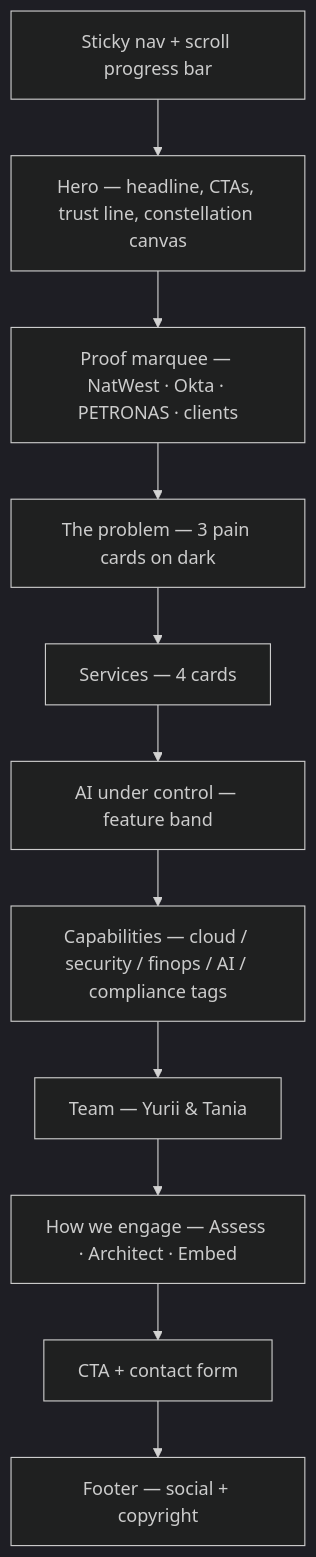
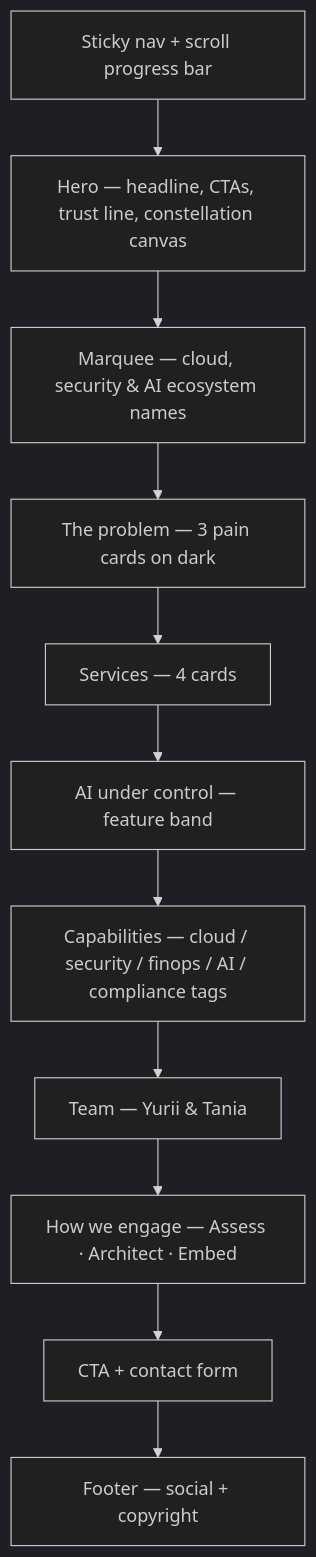
The second of 4 diagrams in README.md (it-rat/it-rat.github.io), drawn with Mermaid (dark theme) before and after one commit. The commit also changed 6 other files, not shown here.

First line of the commit message:
feat: swap proof marquee logos for well-known IT company names

````diff
--- a/README.md
+++ b/README.md
@@ -59,16 +59,16 @@
 ```mermaid
 flowchart TD
     NAV[Sticky nav + scroll progress bar]
     HERO[Hero — headline, CTAs, trust line, constellation canvas]
-    PROOF[Proof marquee — NatWest · Okta · PETRONAS · clients]
+    PROOF[Marquee — cloud, security & AI ecosystem names]
     PAIN[The problem — 3 pain cards on dark]
     SVC[Services — 4 cards]
     AIB[AI under control — feature band]
     CAP[Capabilities — cloud / security / finops / AI / compliance tags]
     TEAM[Team — Yurii & Tania]
     PROC[How we engage — Assess · Architect · Embed]
     CTA[CTA + contact form]
     FOOT[Footer — social + copyright]
 
     NAV --> HERO --> PROOF --> PAIN --> SVC --> AIB --> CAP --> TEAM --> PROC --> CTA --> FOOT
 ```
````
